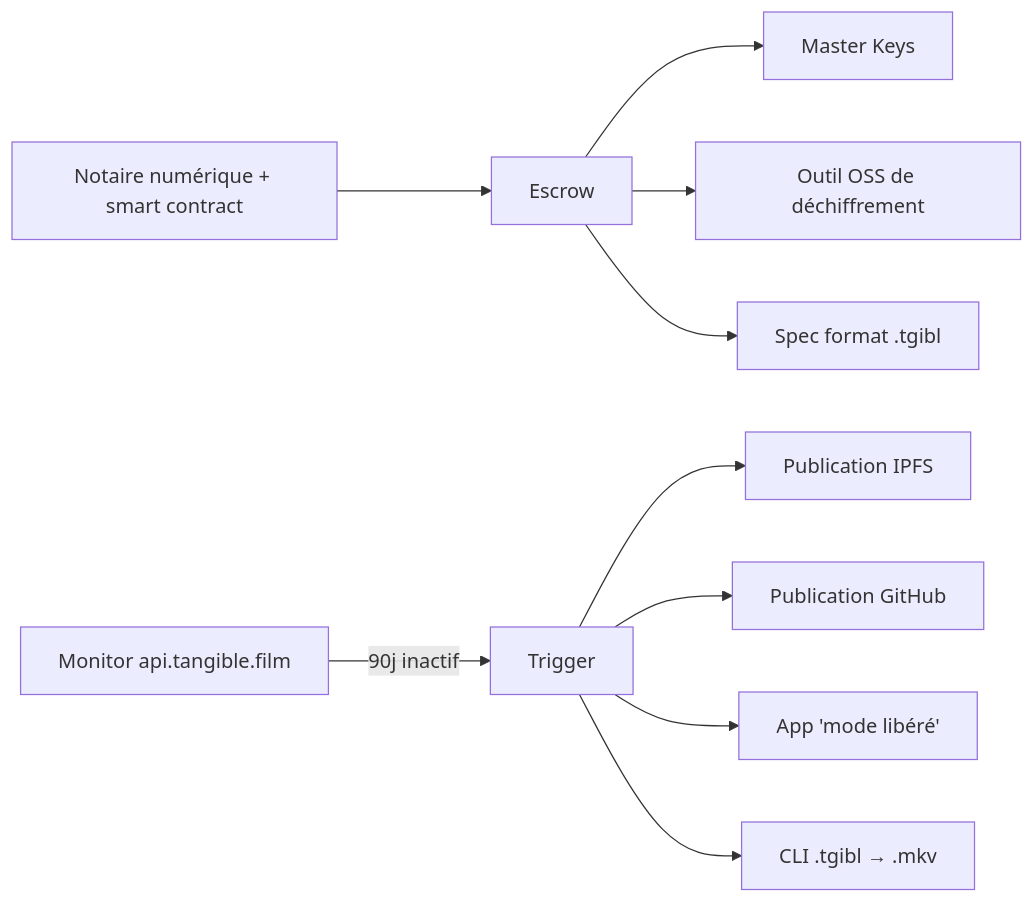
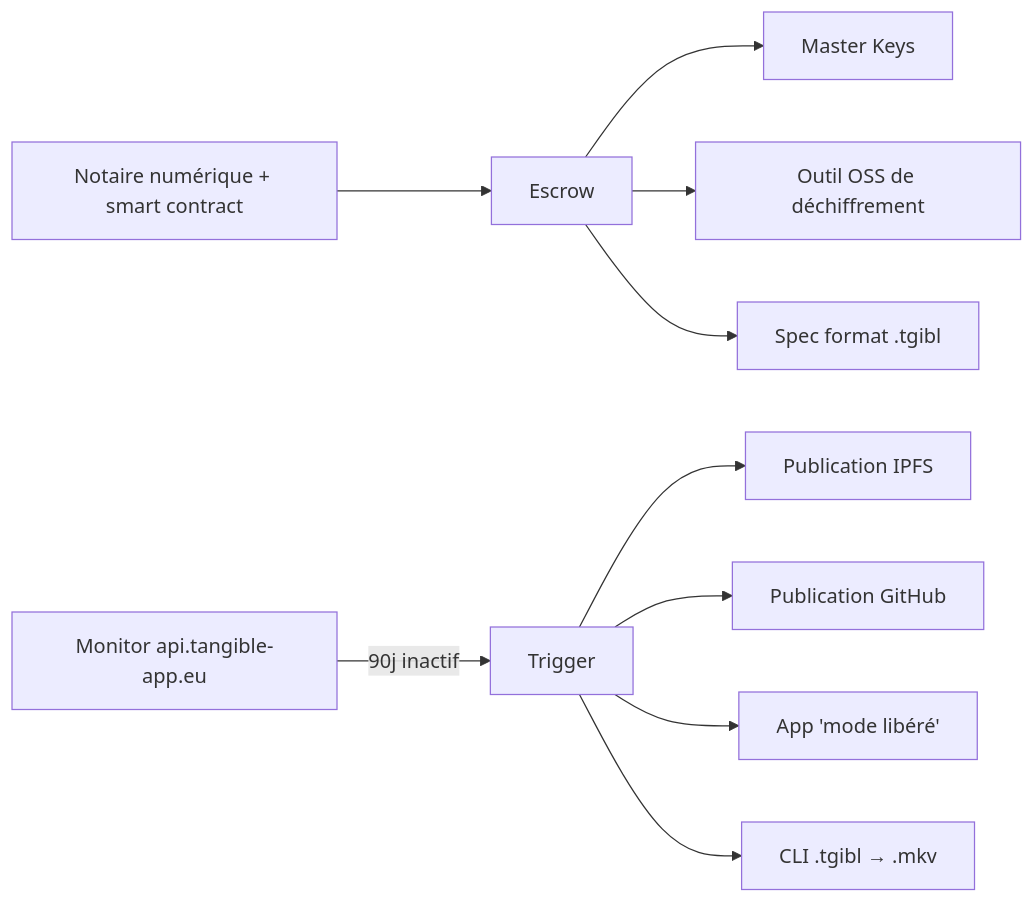
Before and after one commit to Pixnop/tangible: the fifth of 5 diagrams in content/06 - Technique/Sécurité.md, drawn with Mermaid. The commit also changed other lines of this file and 34 other files, not shown here.

````diff
--- a/content/06 - Technique/Sécurité.md
+++ b/content/06 - Technique/Sécurité.md
@@ -348,12 +348,12 @@
 ```mermaid
 graph LR
     N[Notaire numérique + smart contract] --> E[Escrow]
     E --> MK[Master Keys]
     E --> TOOL[Outil OSS de déchiffrement]
     E --> DOC[Spec format .tgibl]
-    MON[Monitor api.tangible.film] -->|90j inactif| T[Trigger]
+    MON[Monitor api.tangible-app.eu] -->|90j inactif| T[Trigger]
     T --> IPFS[Publication IPFS]
     T --> GH[Publication GitHub]
     T --> APP[App 'mode libéré']
     T --> CLI[CLI .tgibl → .mkv]
 ```
````
